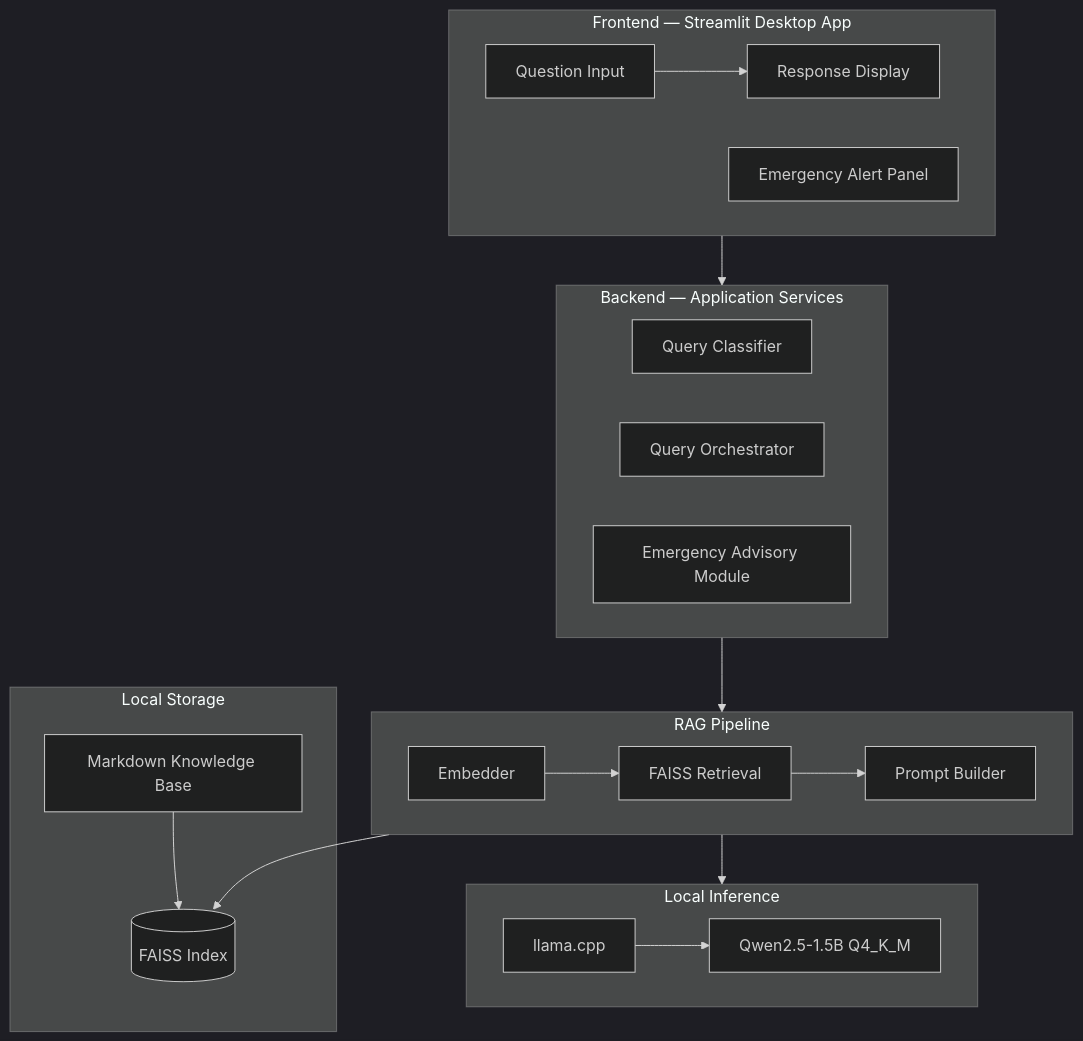
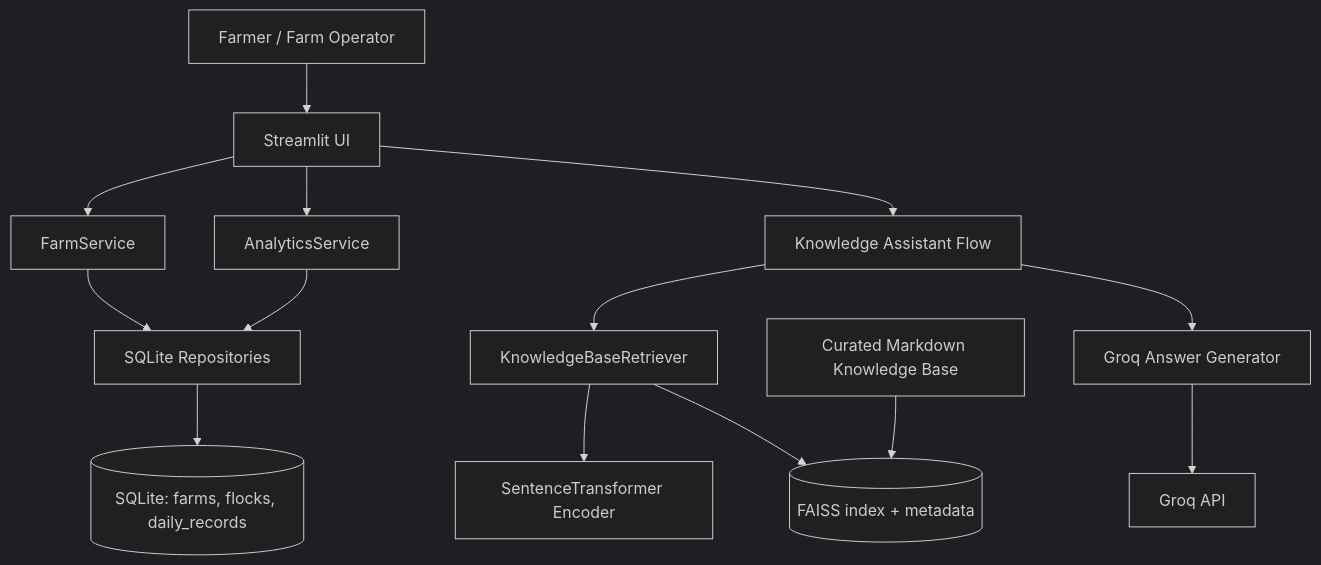
Before and after one commit to zulyadainimuhammad/poultryguard-ai: the diagram in README.md, drawn with Mermaid (dark theme). The commit also changed other lines of this file, not shown here.

Commit message:
docs: rewrite README for current PoultryGuard architecture

````diff
--- a/README.md
+++ b/README.md
@@ -28,32 +42,16 @@
 ```mermaid
-graph TD
-    subgraph UI["Frontend — Streamlit Desktop App"]
-        Q[Question Input] --> R[Response Display]
-        E[Emergency Alert Panel]
-    end
-
-    subgraph Backend["Backend — Application Services"]
-        QC[Query Classifier]
-        O[Query Orchestrator]
-        EM[Emergency Advisory Module]
-    end
-
-    subgraph RAG["RAG Pipeline"]
-        EMB[Embedder] --> RET[FAISS Retrieval] --> PB[Prompt Builder]
-    end
-
-    subgraph Inference["Local Inference"]
-        LC[llama.cpp] --> GGUF[Qwen2.5-1.5B Q4_K_M]
-    end
-
-    subgraph Storage["Local Storage"]
-        KB[Markdown Knowledge Base]
-        VS[(FAISS Index)]
-    end
-
-    UI --> Backend
-    Backend --> RAG
-    RAG --> VS
-    RAG --> Inference
-    KB --> VS
+flowchart TD
+    U[Farmer / Farm Operator] --> UI[Streamlit UI]
+    UI --> FS[FarmService]
+    UI --> AN[AnalyticsService]
+    UI --> AG[Knowledge Assistant Flow]
+    FS --> REPO[SQLite Repositories]
+    AN --> REPO
+    REPO --> DB[(SQLite: farms, flocks, daily_records)]
+    AG --> RET[KnowledgeBaseRetriever]
+    RET --> ENC[SentenceTransformer Encoder]
+    RET --> IDX[(FAISS index + metadata)]
+    AG --> GEN[Groq Answer Generator]
+    GEN --> API[Groq API]
+    KB[Curated Markdown Knowledge Base] --> IDX
 ```
````
